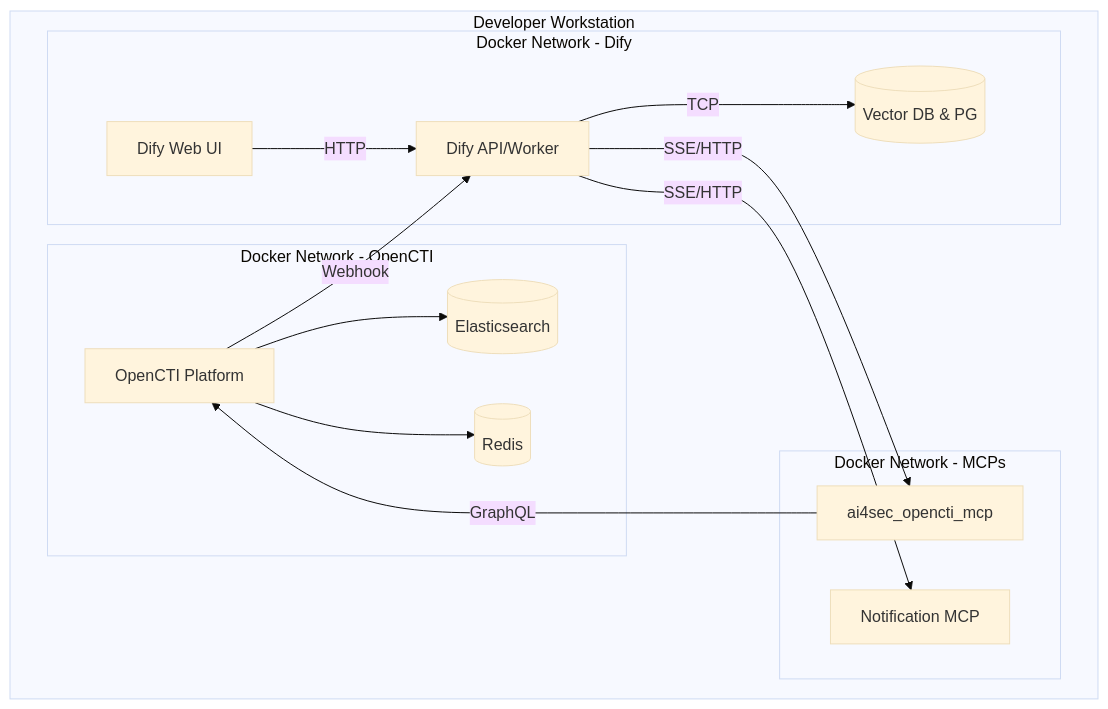
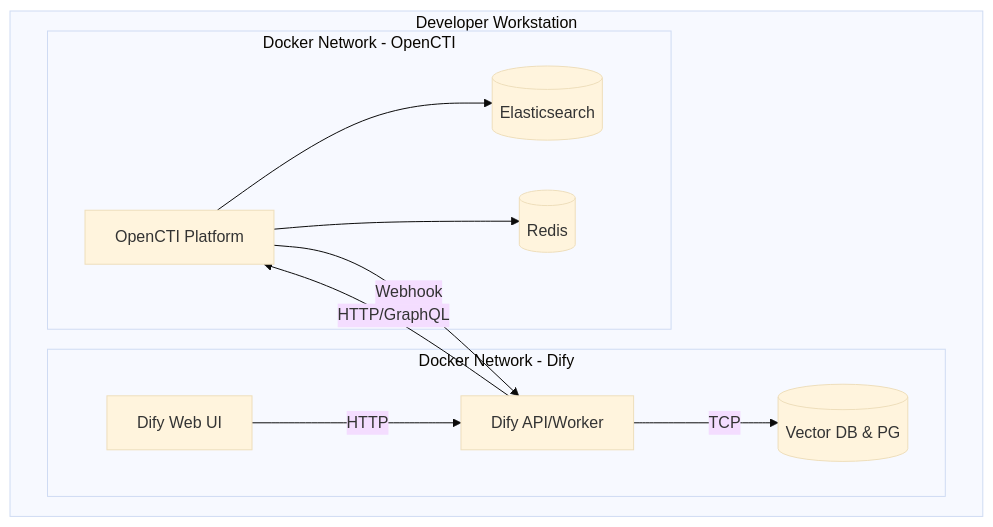
Before and after one commit to derekhu0002/AI4X-Platform-dify: the diagram in design/technologylayerAndPysicallayer/AI4SEC系统技术和物理层架构.md, drawn with Mermaid (base theme). The commit also changed other lines of this file and 34 other files, not shown here.

First line of the commit message:
Remove Notification MCP and ai4sec_agent services; update related documentation and configurations

````diff
--- a/design/technologylayerAndPysicallayer/AI4SEC系统技术和物理层架构.md
+++ b/design/technologylayerAndPysicallayer/AI4SEC系统技术和物理层架构.md
@@ -59,33 +57,26 @@
 ```mermaid
 flowchart TD
     subgraph Host[Developer Workstation]
         subgraph DifyNet[Docker Network - Dify]
             DifyWeb[Dify Web UI]
             DifyAPI[Dify API/Worker]
             DifyDB[(Vector DB & PG)]
             
             DifyWeb -->|HTTP| DifyAPI
             DifyAPI -->|TCP| DifyDB
         end
 
-        subgraph MCPNet[Docker Network - MCPs]
-            MCP1[ai4sec_opencti_mcp]
-            MCP2[Notification MCP]
-        end
-
         subgraph CTINet[Docker Network - OpenCTI]
             CTICore[OpenCTI Platform]
             CTIES[(Elasticsearch)]
             CTIRedis[(Redis)]
             
             CTICore --> CTIES
             CTICore --> CTIRedis
         end
         
         %% Inter-network communication
-        DifyAPI -->|SSE/HTTP| MCP1
-        DifyAPI -->|SSE/HTTP| MCP2
-        MCP1 -->|GraphQL| CTICore
+        DifyAPI -->|HTTP/GraphQL| CTICore
         CTICore -->|Webhook| DifyAPI
     end
 ```
````
